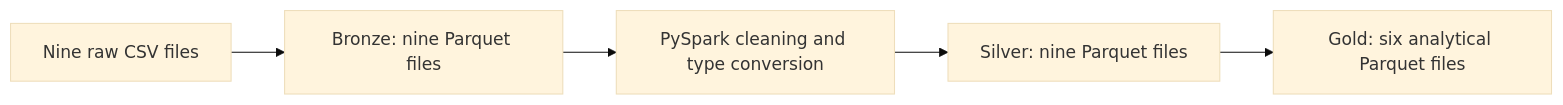
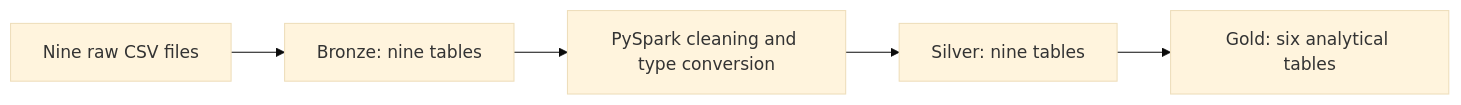
Before and after one commit to Mouad-Karma/end-to-end-lakehouse: the first of 2 diagrams in docs/PROJECT_REFERENCE.md, drawn with Mermaid (base theme). The commit also changed other lines of this file and 6 other files, not shown here.

````diff
--- a/docs/PROJECT_REFERENCE.md
+++ b/docs/PROJECT_REFERENCE.md
@@ -77,7 +75,7 @@
 ```mermaid
 flowchart LR
-    R[Nine raw CSV files] --> B[Bronze: nine Parquet files]
+    R[Nine raw CSV files] --> B[Bronze: nine tables]
     B --> S[PySpark cleaning and type conversion]
-    S --> P[Silver: nine Parquet files]
-    P --> G[Gold: six analytical Parquet files]
+    S --> P[Silver: nine tables]
+    P --> G[Gold: six analytical tables]
 ```
````
